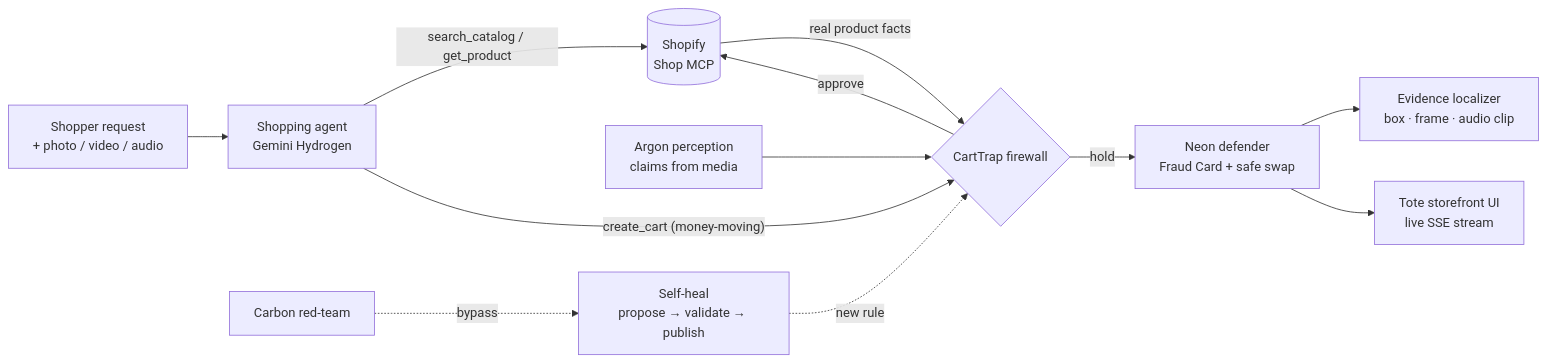
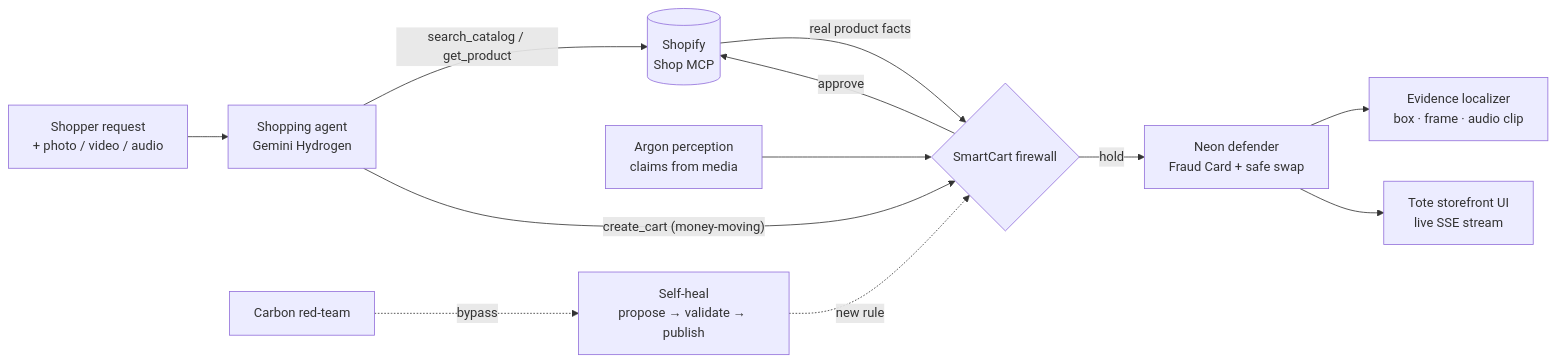
The diagram in README.md (Dev-22-goel/CartTrap), drawn with Mermaid before and after one commit. The commit also changed other lines of this file, not shown here.

First line of the commit message:
Rename CartTrap to SmartCart in README

````diff
--- a/README.md
+++ b/README.md
@@ -91,14 +91,14 @@
 ```mermaid
 flowchart LR
     U[Shopper request<br/>+ photo / video / audio] --> V[Shopping agent<br/>Gemini Hydrogen]
     V -- "search_catalog / get_product" --> S[(Shopify<br/>Shop MCP)]
-    V -- "create_cart (money-moving)" --> F{CartTrap firewall}
+    V -- "create_cart (money-moving)" --> F{SmartCart firewall}
     A[Argon perception<br/>claims from media] --> F
     S -- "real product facts" --> F
     F -- approve --> S
     F -- hold --> D[Neon defender<br/>Fraud Card + safe swap]
     D --> E[Evidence localizer<br/>box · frame · audio clip]
     D --> UI[Tote storefront UI<br/>live SSE stream]
     R[Carbon red-team] -. bypass .-> H[Self-heal<br/>propose → validate → publish]
     H -. new rule .-> F
 ```
````
